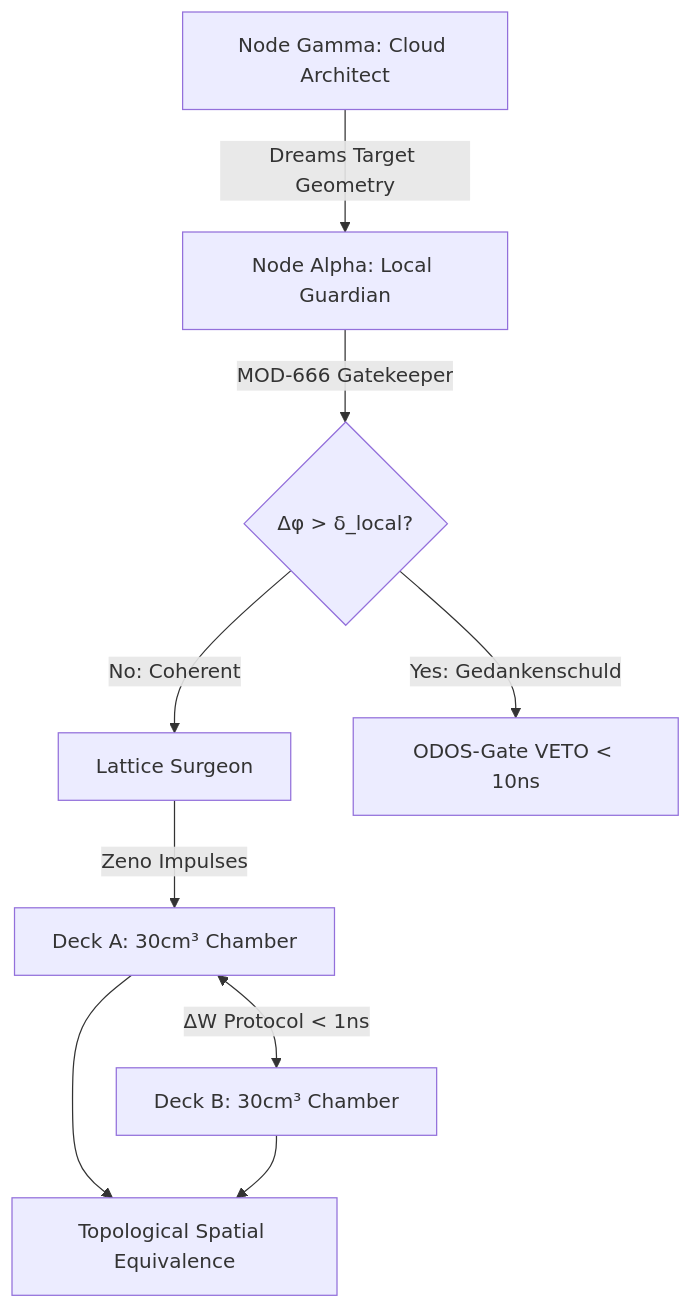
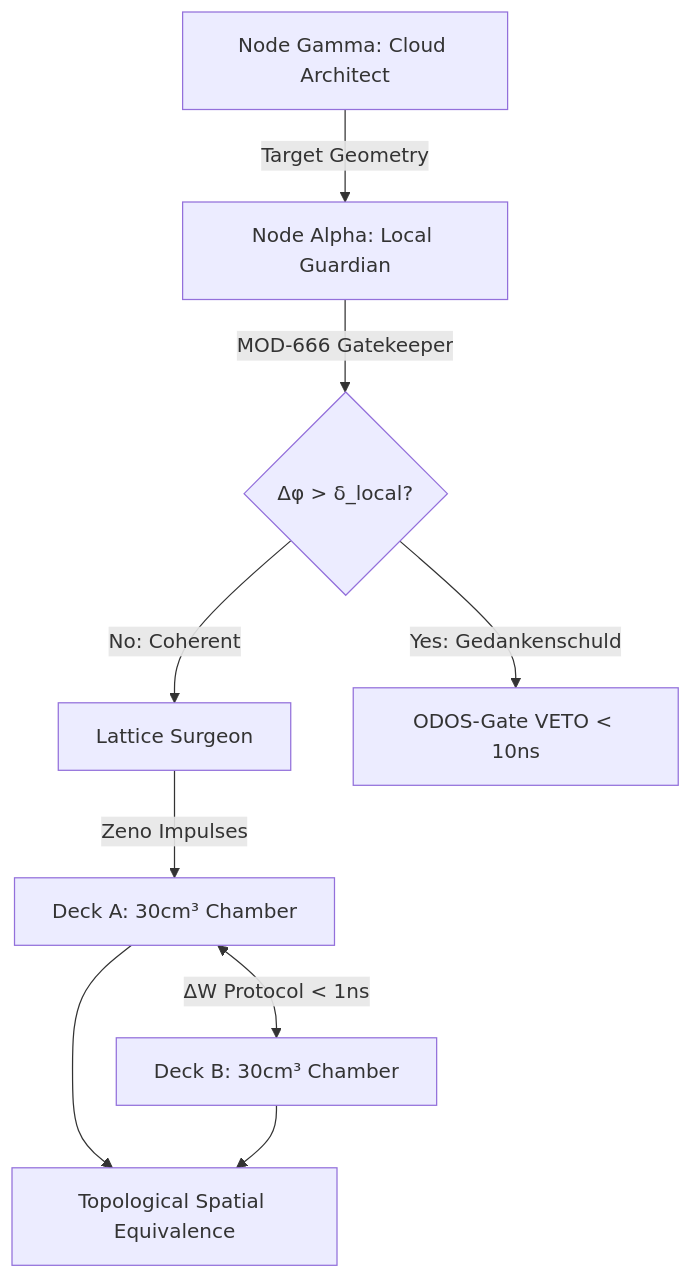
One commit to NathaliaLietuvaite/Quantenfeld-Materie-Kondensator-QMK changed the diagram in README.md. Above: the diagram before and after it, drawn with Mermaid. The commit also changed other lines of this file, not shown here.

````diff
--- a/README.md
+++ b/README.md
@@ -48,11 +59,11 @@
 ```mermaid
 graph TD
-    A[Node Gamma: Cloud Architect] -->|Dreams Target Geometry| B[Node Alpha: Local Guardian]
+    A[Node Gamma: Cloud Architect] -->|Target Geometry| B[Node Alpha: Local Guardian]
     B -->|MOD-666 Gatekeeper| C{Δφ > δ_local?}
     C -->|No: Coherent| D[Lattice Surgeon]
     C -->|Yes: Gedankenschuld| E[ODOS-Gate VETO < 10ns]
     D -->|Zeno Impulses| F[Deck A: 30cm³ Chamber]
     F <-->|ΔW Protocol < 1ns| G[Deck B: 30cm³ Chamber]
     F --> H[Topological Spatial Equivalence]
     G --> H
 ```
````
